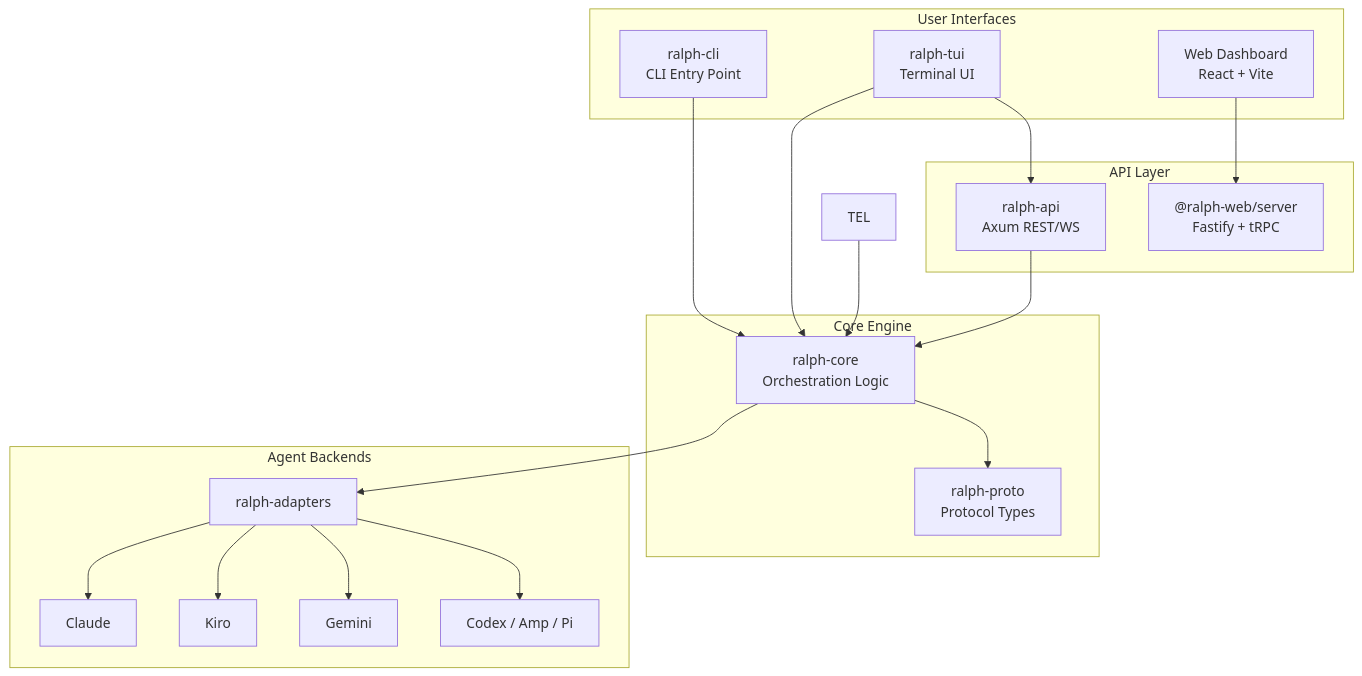
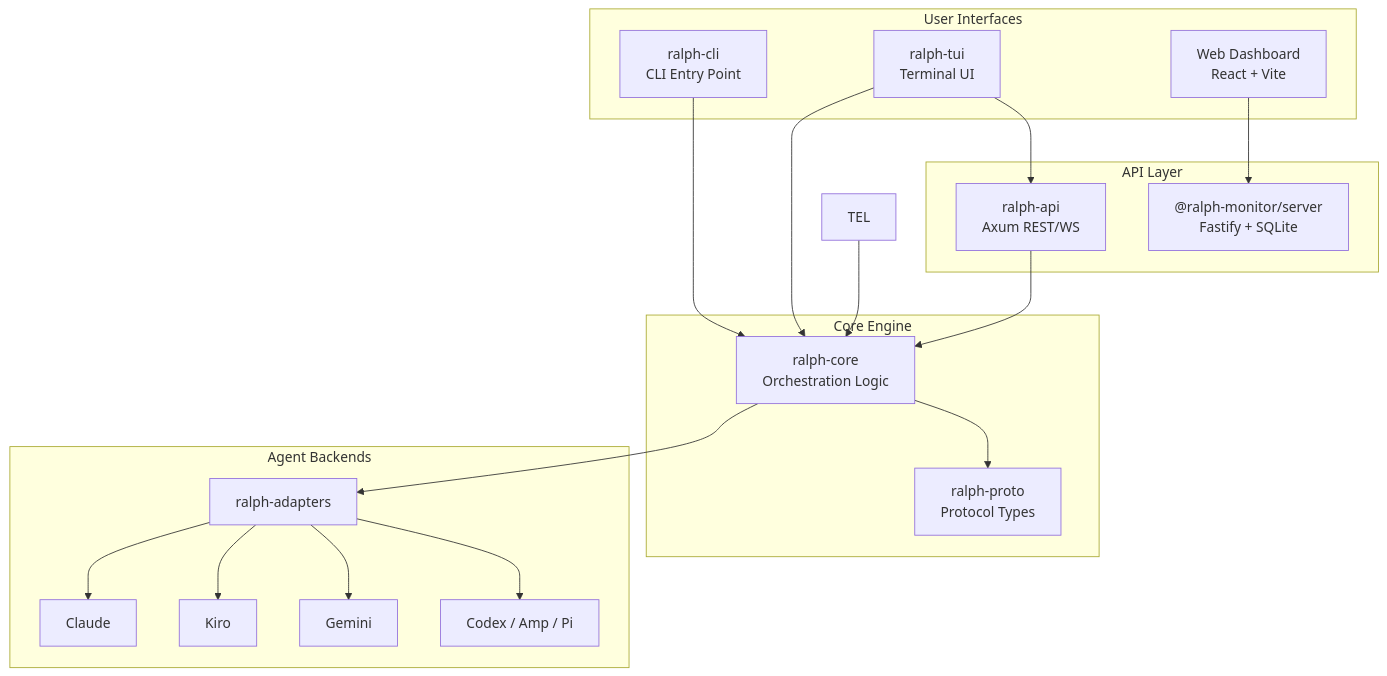
Before and after one commit to pittcat/ralph-orchestrator: the first of 3 diagrams in code-base-summary.md, drawn with Mermaid. The commit also changed other lines of this file and 84 other files, not shown here.

First line of the commit message:
refactor(web): 删除废弃 Node 后端 ralph-web-server 与 --legacy-node-api

````diff
--- a/code-base-summary.md
+++ b/code-base-summary.md
@@ -42,39 +42,39 @@
 ```mermaid
 graph TB
     subgraph "User Interfaces"
         CLI["ralph-cli<br/>CLI Entry Point"]
         TUI["ralph-tui<br/>Terminal UI"]
         WEB["Web Dashboard<br/>React + Vite"]
     end
 
     subgraph "API Layer"
         API["ralph-api<br/>Axum REST/WS"]
-        WEBAPI["@ralph-web/server<br/>Fastify + tRPC"]
+        WEBAPI["@ralph-monitor/server<br/>Fastify + SQLite"]
     end
 
     subgraph "Core Engine"
         CORE["ralph-core<br/>Orchestration Logic"]
         PROTO["ralph-proto<br/>Protocol Types"]
     end
 
     subgraph "Agent Backends"
         ADAPT["ralph-adapters"]
         CLAUDE["Claude"] 
         KIRO["Kiro"]
         GEMINI["Gemini"]
         OTHER["Codex / Amp / Pi"]
     end
 
     CLI --> CORE
     TUI --> API
     TUI --> CORE
     WEB --> WEBAPI
     TEL --> CORE
     API --> CORE
     CORE --> PROTO
     CORE --> ADAPT
     ADAPT --> CLAUDE
     ADAPT --> KIRO
     ADAPT --> GEMINI
     ADAPT --> OTHER
 ```
````
